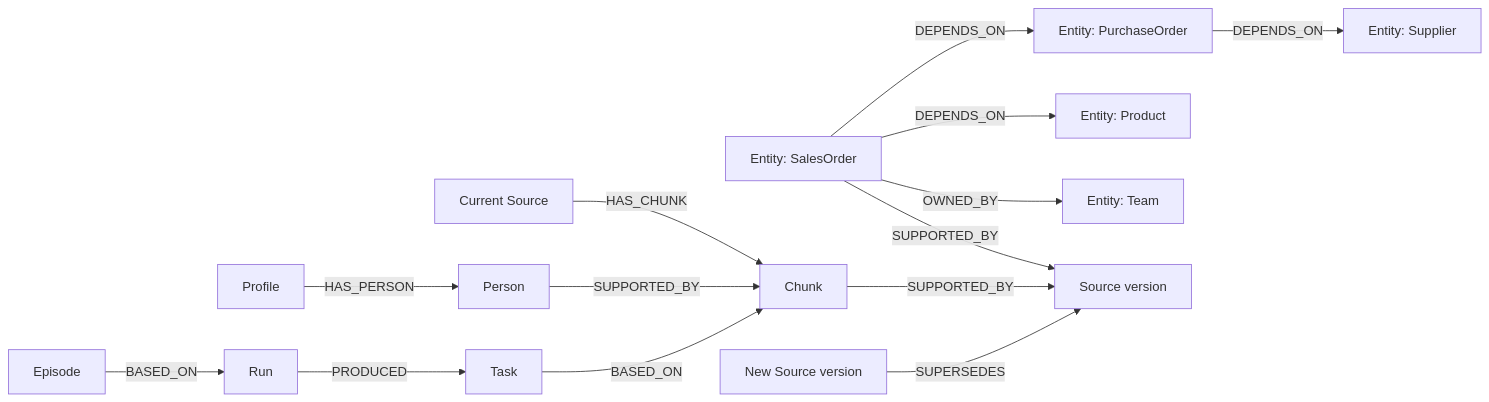
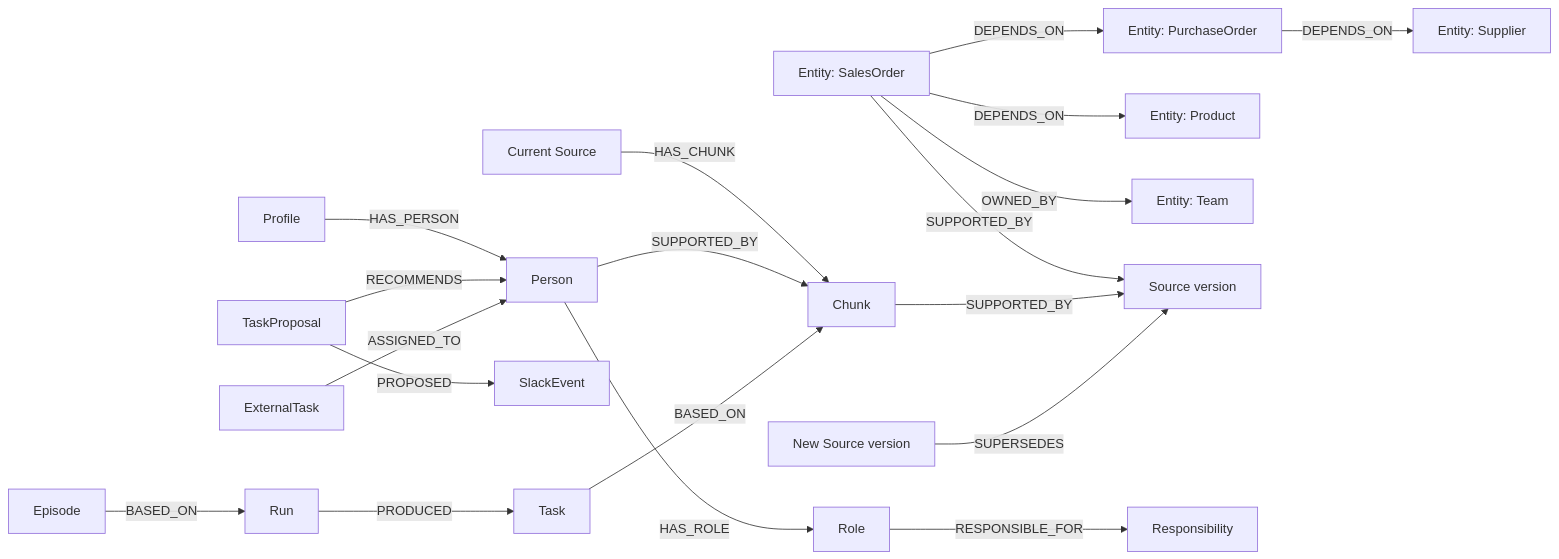
The diagram in docs/graph-model.md (Haleem-code/Workweave), drawn with Mermaid before and after one commit. The commit also changed other lines of this file and 14 other files, not shown here.

````diff
--- a/docs/graph-model.md
+++ b/docs/graph-model.md
@@ -26,16 +31,21 @@
 ```mermaid
 flowchart LR
     Order["Entity: SalesOrder"] -->|DEPENDS_ON| PO["Entity: PurchaseOrder"]
     PO -->|DEPENDS_ON| Supplier["Entity: Supplier"]
     Order -->|DEPENDS_ON| Product["Entity: Product"]
     Order -->|OWNED_BY| Team["Entity: Team"]
     Order -->|SUPPORTED_BY| Version["Source version"]
     Source["Current Source"] -->|HAS_CHUNK| Chunk["Chunk"]
     Chunk -->|SUPPORTED_BY| Version
     NewVersion["New Source version"] -->|SUPERSEDES| Version
     Profile -->|HAS_PERSON| Person
     Person -->|SUPPORTED_BY| Chunk
+    Person -->|HAS_ROLE| Role
+    Role -->|RESPONSIBLE_FOR| Responsibility
+    Proposal[TaskProposal] -->|RECOMMENDS| Person
+    Proposal -->|PROPOSED| Event[SlackEvent]
+    ExternalTask -->|ASSIGNED_TO| Person
     Run -->|PRODUCED| Task
     Task -->|BASED_ON| Chunk
     Episode -->|BASED_ON| Run
 ```
````
